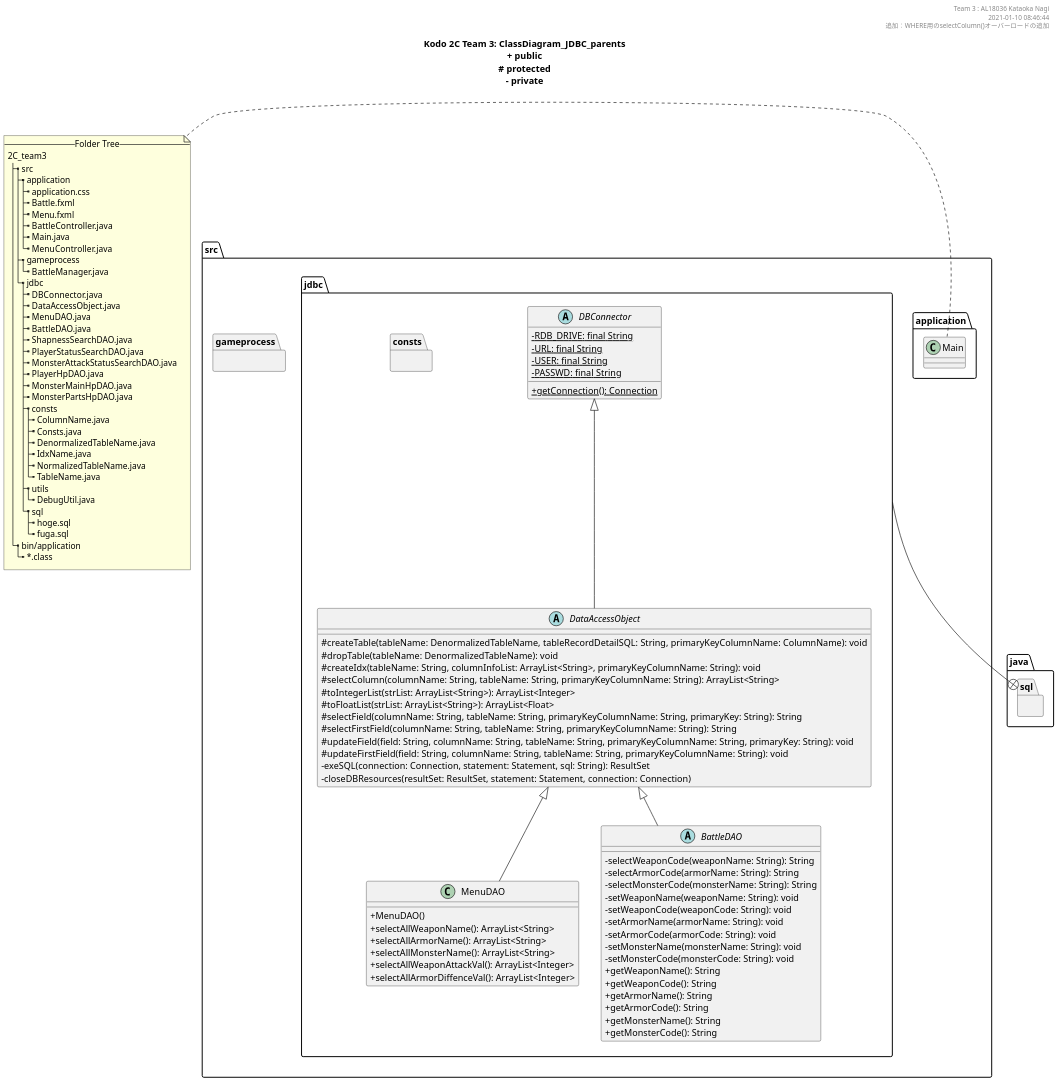
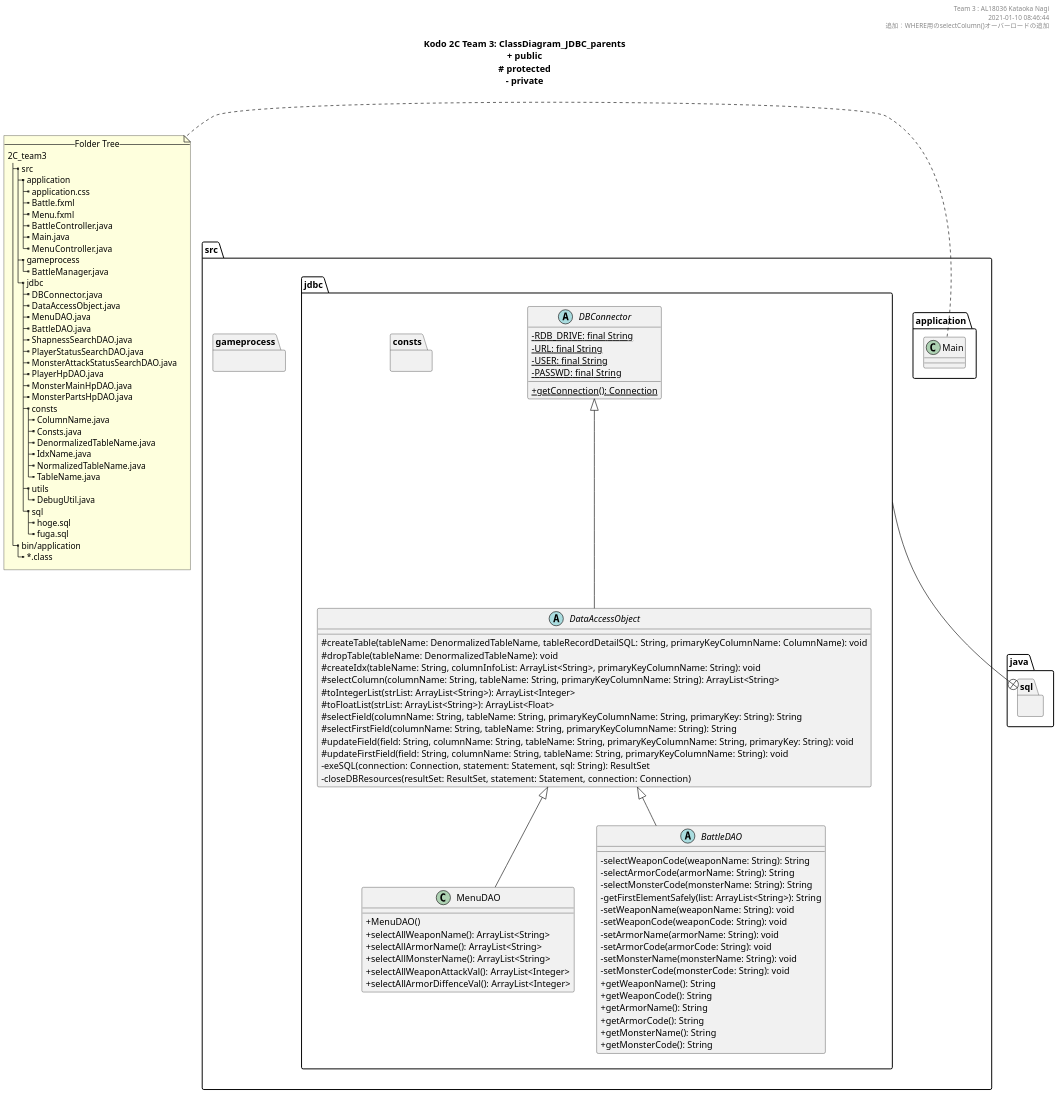
The diagram in uml/ClassDiagram_JDBC_parents.pu (KataokaNagi/2C_team3), drawn with PlantUML before and after one commit. The commit also changed 2 other files, not shown here.

```diff
--- a/uml/ClassDiagram_JDBC_parents.pu
+++ b/uml/ClassDiagram_JDBC_parents.pu
@@ -16,187 +16,188 @@
 @startuml ./out/ClassDiagram_JDBC_parents.png
 scale 1.5
 skinparam DefaultFontName メイリオ
 ' 可視性の変更
 skinparam classAttributeIconSize 0
 
 ''''''''''''''''''''''''''''''''''''''''''''''''''
 
 header 
 Team 3 : AL18036 Kataoka Nagi
 2021-01-10 08:46:44
 追加：WHERE用のselectColumn()オーバーロードの追加
 end header
 
 ''''''''''''''''''''''''''''''''''''''''''''''''''
 
 title
 **Kodo 2C Team 3: ClassDiagram_JDBC_parents**
 + public
 ~# protected
 ~- private
 end title
 ' __static__
 
 ''''''''''''''''''''''''''''''''''''''''''''''''''''''''''''''''''''''''''''''''
 
 package src {
   package src.application {
     class Main
   }
   package src.gameprocess {
   }
   package src.jdbc {
   }
 }
 
 ''''''''''''''''''''''''''''''''''''''''''''''''''''''''''''''''''''''''''''''''
 
 note left
   --Folder Tree--
   2C_team3
   |_ src
     |_ application
       |_ application.css
       |_ Battle.fxml
       |_ Menu.fxml
       |_ BattleController.java
       |_ Main.java
       |_ MenuController.java
     |_ gameprocess
       |_ BattleManager.java
     |_ jdbc
       |_ DBConnector.java
       |_ DataAccessObject.java
       |_ MenuDAO.java
       |_ BattleDAO.java
       |_ ShapnessSearchDAO.java
       |_ PlayerStatusSearchDAO.java
       |_ MonsterAttackStatusSearchDAO.java
       |_ PlayerHpDAO.java
       |_ MonsterMainHpDAO.java
       |_ MonsterPartsHpDAO.java
       |_ consts
         |_ ColumnName.java
         |_ Consts.java
         |_ DenormalizedTableName.java
         |_ IdxName.java
         |_ NormalizedTableName.java
         |_ TableName.java
       |_ utils
         |_ DebugUtil.java
       |_ sql
         |_ hoge.sql
         |_ fuga.sql
   |_ bin/application
     |_ ~*.class
 end note
 
 ''''''''''''''''''''''''''''''''''''''''''''''''''''''''''''''''''''''''''''''''
 
 package java.sql {
 }
 
 ' package javafx {
 '   class Application
 '   Interface Initializable
 ' }
 
 package src.jdbc {
   package src.jdbc.consts {
   }
 }
 
 src.jdbc --+ java.sql
 ' src.application --+ javafx
 
 ''''''''''''''''''''''''''''''''''''''''''''''''''
 
 ' @note クラスの命名規則
 ' @see  https://qiita.com/KeithYokoma/items/ee21fec6a3ebb5d1e9a8
 
 package src.application {
 }
 
 ' 記事のクラス
   ' class ApplicationController extends Initializable {
   '   - dropDown: ChoiceBox<String>
   '   - textBox: TextField
   '   - button: Button
 
   '   + initialize(location: URL, resources: ResourceBundle): void
   '   + onClick(event: ActionEvent): void
   '   + getToolType(): ChoiceBox<String>
   '   + setToolType(toolType: ChoiceBox<String>): void
   '   + getInputFile(): TextField
   '   + setInputFile(textBox: TextField): void
   '   + getReference(): Button
   '   + setReference(button: Button): void
   ' }
 
 
 ''''''''''''''''''''''''''''''''''''''''''''''''''
 
 package src.gameprocess {
 }
 
 ''''''''''''''''''''''''''''''''''''''''''''''''''
 
 package src.jdbc {
   ' @note DAO pattern
   ' @see https://kanda-it-school-kensyu.com/java-jdbc-contents/jj_ch04/jj_0401/
 
   abstract class DBConnector {
     - {static} RDB_DRIVE: final String
     - {static} URL: final String
     - {static} USER: final String
     - {static} PASSWD: final String
 
     + {static} getConnection(): Connection
   }
 
   abstract class DataAccessObject extends DBConnector {
     # createTable(tableName: DenormalizedTableName, tableRecordDetailSQL: String, primaryKeyColumnName: ColumnName): void
     # dropTable(tableName: DenormalizedTableName): void
     # createIdx(tableName: String, columnInfoList: ArrayList<String>, primaryKeyColumnName: String): void
     # selectColumn(columnName: String, tableName: String, primaryKeyColumnName: String): ArrayList<String>
     # toIntegerList(strList: ArrayList<String>): ArrayList<Integer>
     # toFloatList(strList: ArrayList<String>): ArrayList<Float>
     # selectField(columnName: String, tableName: String, primaryKeyColumnName: String, primaryKey: String): String
     # selectFirstField(columnName: String, tableName: String, primaryKeyColumnName: String): String
     # updateField(field: String, columnName: String, tableName: String, primaryKeyColumnName: String, primaryKey: String): void
     # updateFirstField(field: String, columnName: String, tableName: String, primaryKeyColumnName: String): void
     - exeSQL(connection: Connection, statement: Statement, sql: String): ResultSet
     - closeDBResources(resultSet: ResultSet, statement: Statement, connection: Connection)
   }
 
   class MenuDAO extends DataAccessObject {
     + MenuDAO()
     + selectAllWeaponName(): ArrayList<String>
     + selectAllArmorName(): ArrayList<String>
     + selectAllMonsterName(): ArrayList<String>
     + selectAllWeaponAttackVal(): ArrayList<Integer>
     + selectAllArmorDiffenceVal(): ArrayList<Integer>
   }
 
   abstract class BattleDAO extends DataAccessObject {
   - selectWeaponCode(weaponName: String): String
   - selectArmorCode(armorName: String): String
   - selectMonsterCode(monsterName: String): String
+  - getFirstElementSafely(list: ArrayList<String>): String
   - setWeaponName(weaponName: String): void
   - setWeaponCode(weaponCode: String): void
   - setArmorName(armorName: String): void
   - setArmorCode(armorCode: String): void
   - setMonsterName(monsterName: String): void
   - setMonsterCode(monsterCode: String): void
   + getWeaponName(): String
   + getWeaponCode(): String
   + getArmorName(): String
   + getArmorCode(): String
   + getMonsterName(): String
   + getMonsterCode(): String
   }
 }
 
 ''''''''''''''''''''''''''''''''''''''''''''''''''''''''''''''''''''''''''''''''
 
 @enduml
```
